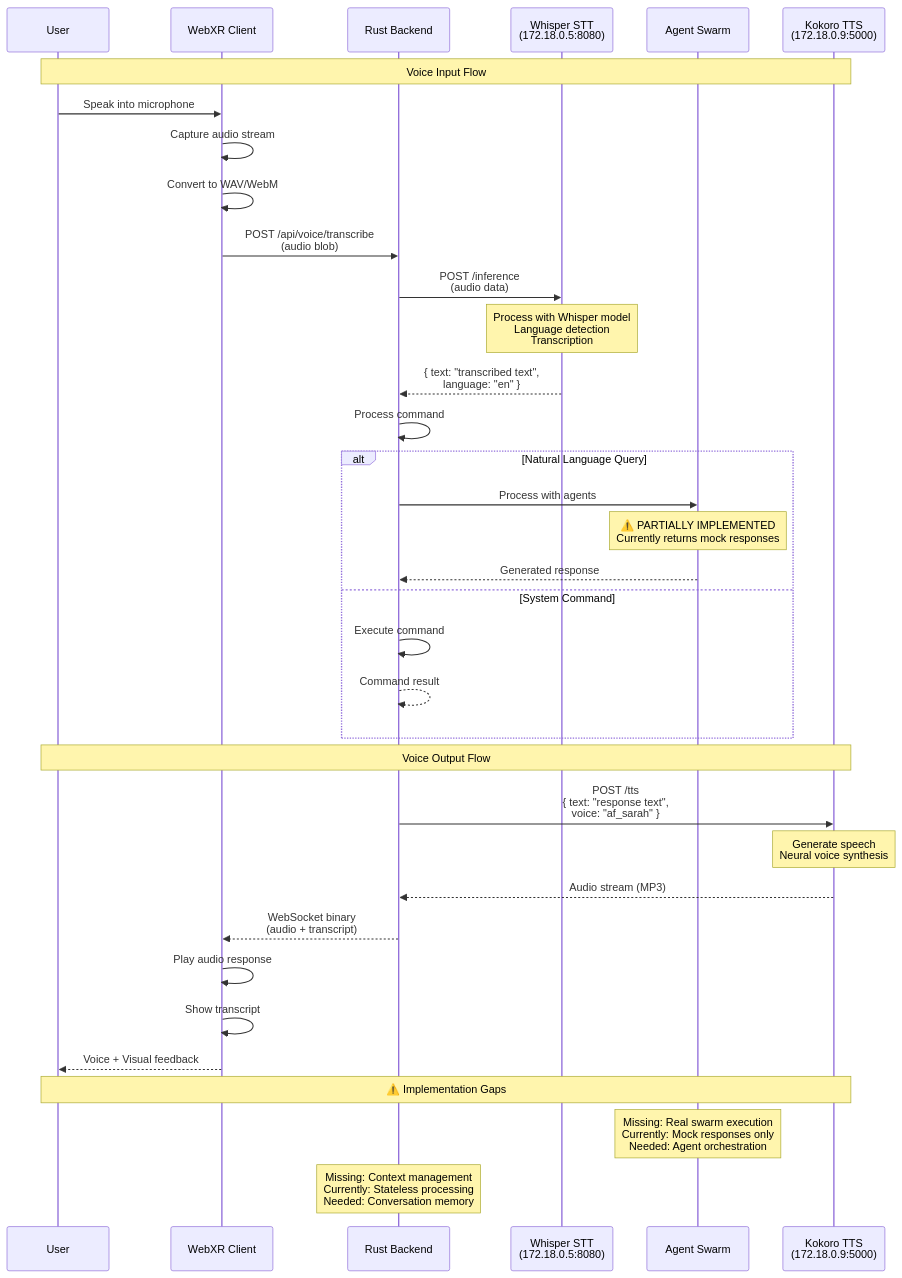
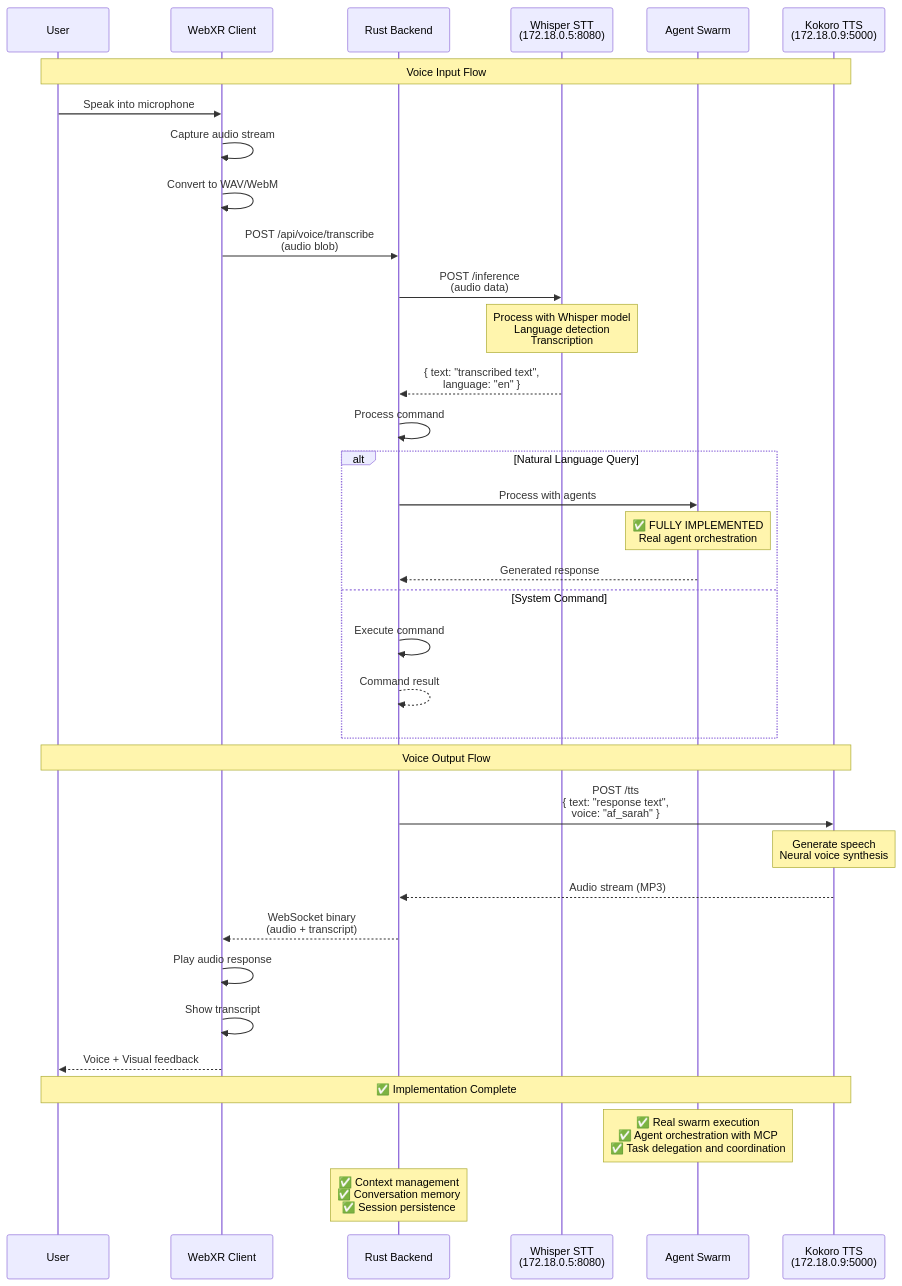
Before and after one commit to DreamLab-AI/VisionFlow: diagram 13 of 26 in docs/high-level.md, drawn with Mermaid. The commit also changed other lines of this file and 17 other files, not shown here.

````diff
--- a/docs/high-level.md
+++ b/docs/high-level.md
@@ -957,48 +960,48 @@
 ```mermaid
 sequenceDiagram
     participant User as User
     participant Client as WebXR Client
     participant Backend as Rust Backend
     participant Whisper as Whisper STT<br/>(172.18.0.5:8080)
     participant Swarm as Agent Swarm
     participant Kokoro as Kokoro TTS<br/>(172.18.0.9:5000)
 
     Note over User,Kokoro: Voice Input Flow
 
     User->>Client: Speak into microphone
     Client->>Client: Capture audio stream
     Client->>Client: Convert to WAV/WebM
     Client->>Backend: POST /api/voice/transcribe<br/>(audio blob)
 
     Backend->>Whisper: POST /inference<br/>(audio data)
     Note over Whisper: Process with Whisper model<br/>Language detection<br/>Transcription
     Whisper-->>Backend: { text: "transcribed text",<br/>  language: "en" }
 
     Backend->>Backend: Process command
 
     alt Natural Language Query
         Backend->>Swarm: Process with agents
-        Note over Swarm: ⚠️ PARTIALLY IMPLEMENTED<br/>Currently returns mock responses
+        Note over Swarm: ✅ FULLY IMPLEMENTED<br/>Real agent orchestration
         Swarm-->>Backend: Generated response
     else System Command
         Backend->>Backend: Execute command
         Backend-->>Backend: Command result
     end
 
     Note over User,Kokoro: Voice Output Flow
 
     Backend->>Kokoro: POST /tts<br/>{ text: "response text",<br/>  voice: "af_sarah" }
     Note over Kokoro: Generate speech<br/>Neural voice synthesis
     Kokoro-->>Backend: Audio stream (MP3)
 
     Backend-->>Client: WebSocket binary<br/>(audio + transcript)
     Client->>Client: Play audio response
     Client->>Client: Show transcript
     Client-->>User: Voice + Visual feedback
 
-    Note over User,Kokoro: ⚠️ Implementation Gaps
+    Note over User,Kokoro: ✅ Implementation Complete
 
-    Note over Swarm: Missing: Real swarm execution<br/>Currently: Mock responses only<br/>Needed: Agent orchestration
+    Note over Swarm: ✅ Real swarm execution<br/>✅ Agent orchestration with MCP<br/>✅ Task delegation and coordination
 
-    Note over Backend: Missing: Context management<br/>Currently: Stateless processing<br/>Needed: Conversation memory
+    Note over Backend: ✅ Context management<br/>✅ Conversation memory<br/>✅ Session persistence
 ```
````
